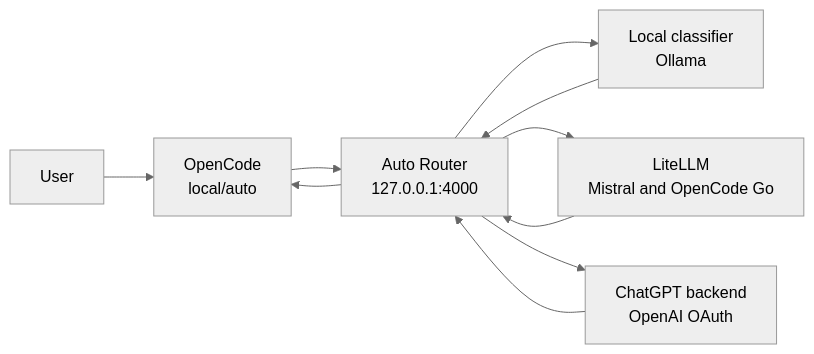
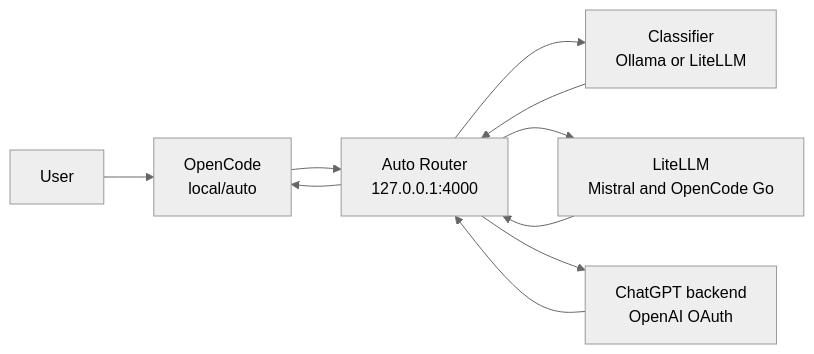
One commit to oechsler/nix changed the diagram in modules/programs/opencode-auto-router/README.md. Above: the diagram before and after it, drawn with Mermaid (neutral theme). The commit also changed other lines of this file and 10 other files, not shown here.

````diff
--- a/modules/programs/opencode-auto-router/README.md
+++ b/modules/programs/opencode-auto-router/README.md
@@ -21,12 +21,12 @@
 ```mermaid
 flowchart LR
     user["User"] --> opencode["OpenCode<br/>local/auto"]
     opencode --> router["Auto Router<br/>127.0.0.1:4000"]
-    router --> classifier["Local classifier<br/>Ollama"]
+    router --> classifier["Classifier<br/>Ollama or LiteLLM"]
     classifier --> router
     router --> litellm["LiteLLM<br/>Mistral and OpenCode Go"]
     router --> chatgpt["ChatGPT backend<br/>OpenAI OAuth"]
     litellm --> router
     chatgpt --> router
     router --> opencode
 ```
````
